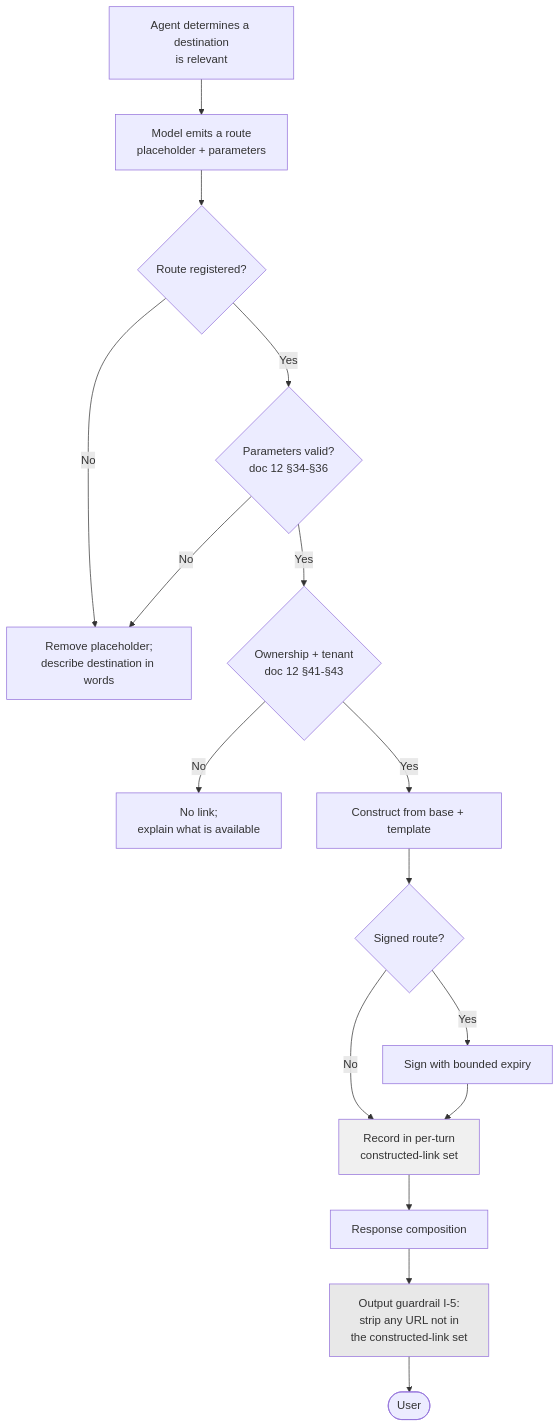
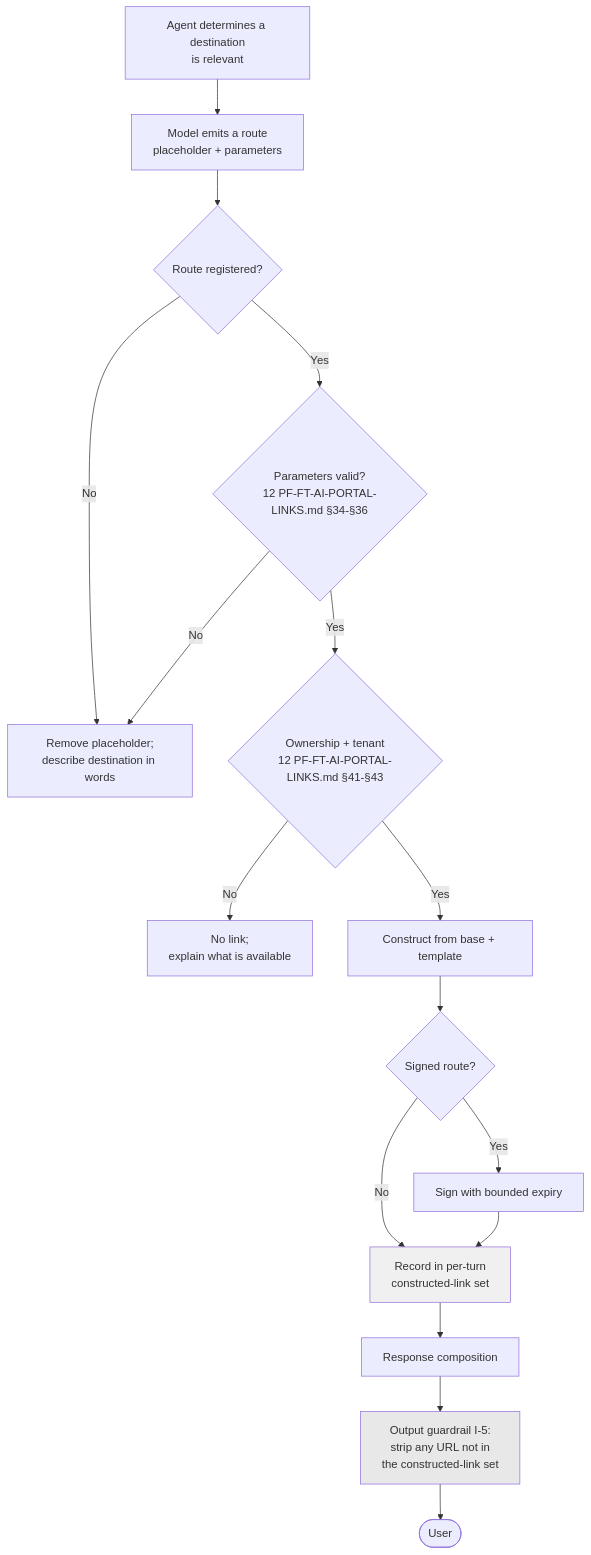
One commit to gobimca87/PF-FT changed the diagram in docs/architecture/adr/02-application-architecture/ADR-D2-19-portal-link-registry-and-no-invented-urls.md. Above: the diagram before and after it, drawn with Mermaid. The commit also changed other lines of this file and 143 other files, not shown here.

````diff
--- a/docs/architecture/adr/02-application-architecture/ADR-D2-19-portal-link-registry-and-no-invented-urls.md
+++ b/docs/architecture/adr/02-application-architecture/ADR-D2-19-portal-link-registry-and-no-invented-urls.md
@@ -334,21 +334,21 @@
 ```mermaid
 flowchart TD
     A[Agent determines a destination<br/>is relevant] --> P[Model emits a route<br/>placeholder + parameters]
     P --> R{Route registered?}
     R -- No --> W[Remove placeholder;<br/>describe destination in words]
-    R -- Yes --> V{Parameters valid?<br/>doc 12 §34-§36}
+    R -- Yes --> V{Parameters valid?<br/>12 PF-FT-AI-PORTAL-LINKS.md §34-§36}
     V -- No --> W
-    V -- Yes --> O{Ownership + tenant<br/>doc 12 §41-§43}
+    V -- Yes --> O{Ownership + tenant<br/>12 PF-FT-AI-PORTAL-LINKS.md §41-§43}
     O -- No --> W2[No link;<br/>explain what is available]
     O -- Yes --> B[Construct from base + template]
     B --> S{Signed route?}
     S -- Yes --> SG[Sign with bounded expiry]
     S -- No --> REC
     SG --> REC[Record in per-turn<br/>constructed-link set]
     REC --> OUT[Response composition]
     OUT --> G[Output guardrail I-5:<br/>strip any URL not in<br/>the constructed-link set]
     G --> U([User])
 
     style G fill:#e8e8e8
     style REC fill:#f0f0f0
 ```
````
